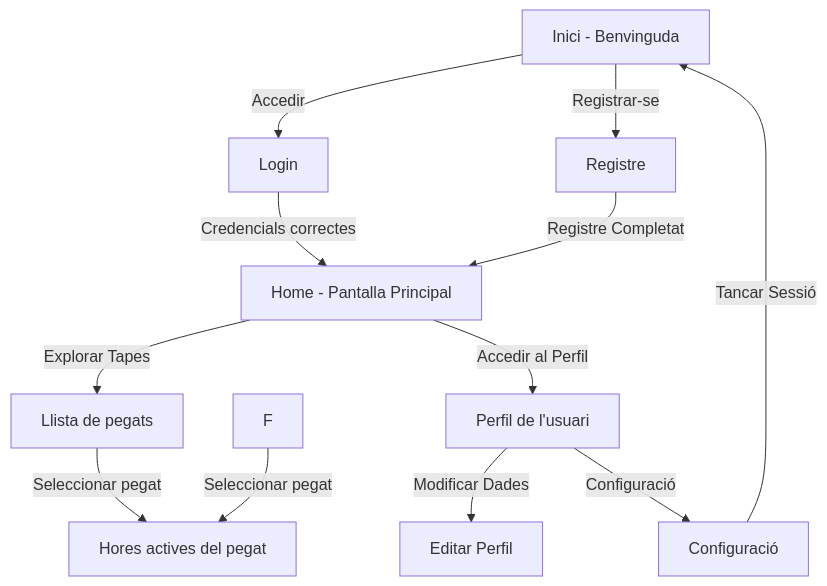
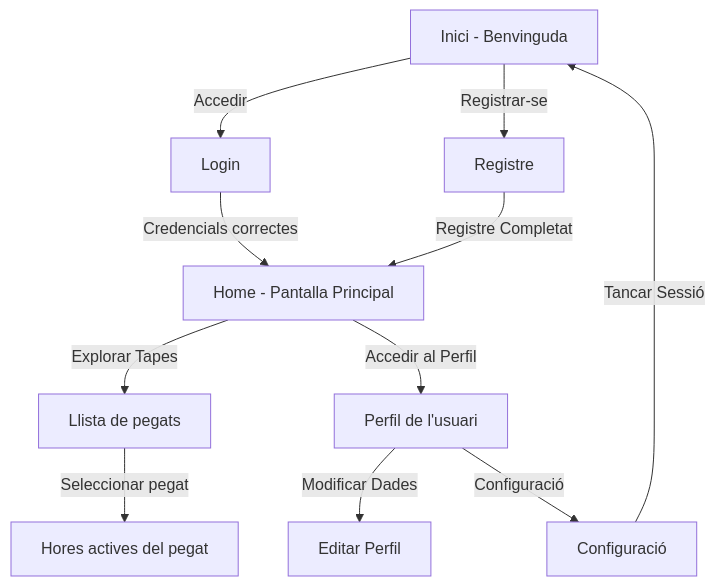
One commit to maraagm/TapatApp changed the diagram in diagramPestanyes.mmd. Above: the diagram before and after it, drawn with Mermaid.

```diff
--- a/diagramPestanyes.mmd
+++ b/diagramPestanyes.mmd
@@ -1,12 +1,11 @@
 flowchart TD
     A[Inici - Benvinguda] -->|Accedir| B[Login]
     A -->|Registrar-se| C[Registre]
     B -->|Credencials correctes| D[Home - Pantalla Principal]
     C -->|Registre Completat| D
     D -->|Explorar Tapes| E[Llista de pegats]
     E -->|Seleccionar pegat| G[Hores actives del pegat]
-    F -->|Seleccionar pegat| G
     D -->|Accedir al Perfil| J[Perfil de l'usuari]
     J -->|Modificar Dades| K[Editar Perfil]
     J -->|Configuració| L[Configuració]
     L -->|Tancar Sessió| A
```
